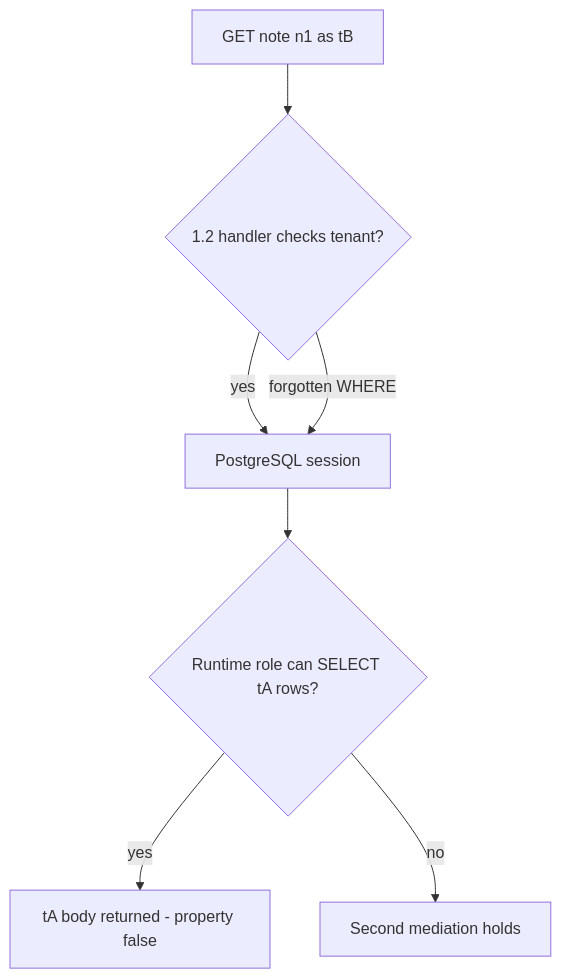
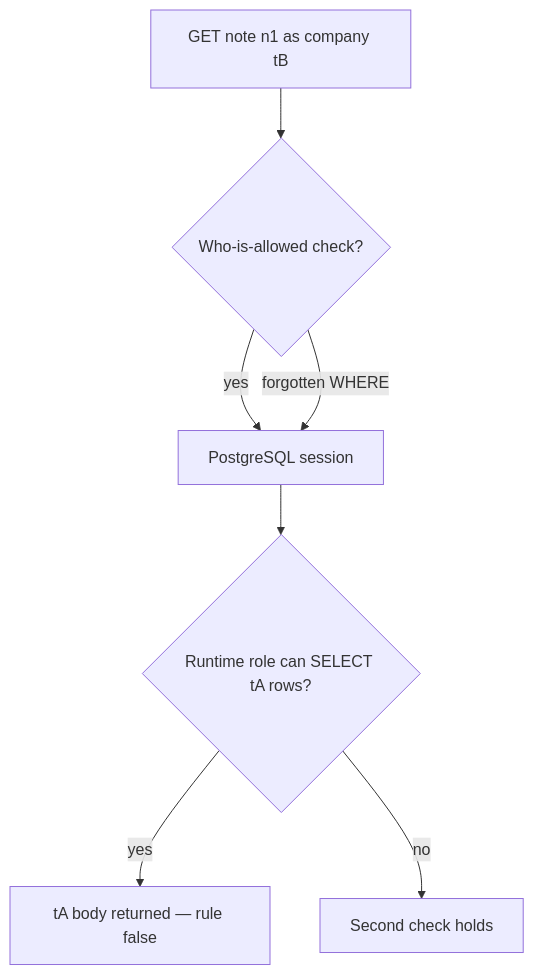
Before and after one commit to ishitvagoel/LearnSecurity: the first of 2 diagrams in content/modules/3/3.3/lessons/01-property.md, drawn with Mermaid. The commit also changed other lines of this file and 31 other files, not shown here.

````diff
--- a/content/modules/3/3.3/lessons/01-property.md
+++ b/content/modules/3/3.3/lessons/01-property.md
@@ -19,9 +20,9 @@
 ```mermaid
 flowchart TD
-  Req["GET note n1 as tB"] --> App{"1.2 handler checks tenant?"}
+  Req["GET note n1 as company tB"] --> App{"Who-is-allowed check?"}
   App -->|yes| Db["PostgreSQL session"]
   App -->|forgotten WHERE| Db
   Db --> Role{"Runtime role can SELECT tA rows?"}
-  Role -->|yes| Leak["tA body returned - property false"]
-  Role -->|no| Deny["Second mediation holds"]
+  Role -->|yes| Leak["tA body returned — rule false"]
+  Role -->|no| Deny["Second check holds"]
 ```
````
